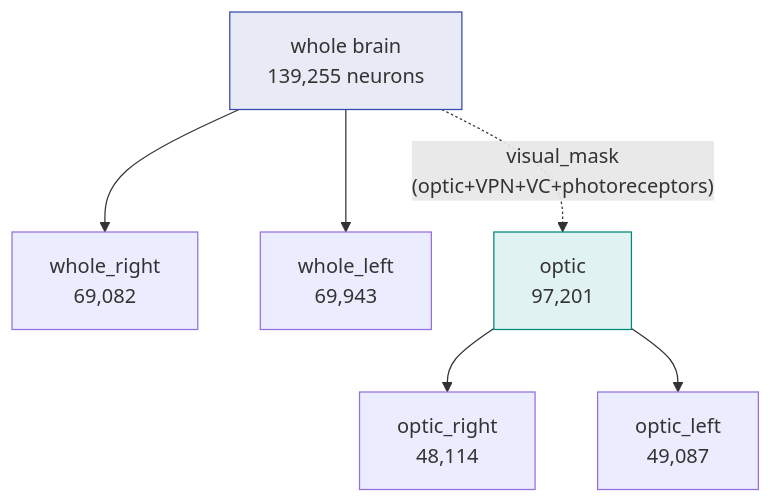
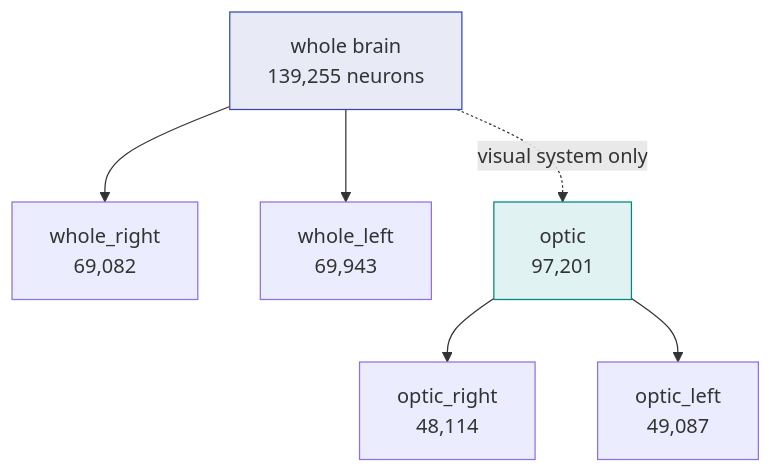
Before and after one commit to Mabdel-03/Drosophila-Connectomics---Deep-Learning: the third of 3 diagrams in 3 - Modeling/README.md, drawn with Mermaid. The commit also changed other lines of this file and 2 other files, not shown here.

````diff
--- a/3 - Modeling/README.md
+++ b/3 - Modeling/README.md
@@ -123,11 +102,11 @@
 ```mermaid
 flowchart TD
     W["whole brain<br/>139,255 neurons"]
     W --> WR["whole_right<br/>69,082"]
     W --> WL["whole_left<br/>69,943"]
-    W -. "visual_mask<br/>(optic+VPN+VC+photoreceptors)" .-> O["optic<br/>97,201"]
+    W -. "visual system only" .-> O["optic<br/>97,201"]
     O --> OR["optic_right<br/>48,114"]
     O --> OL["optic_left<br/>49,087"]
     style W fill:#e8eaf6,stroke:#3949ab
     style O fill:#e0f2f1,stroke:#00897b
 ```
````
